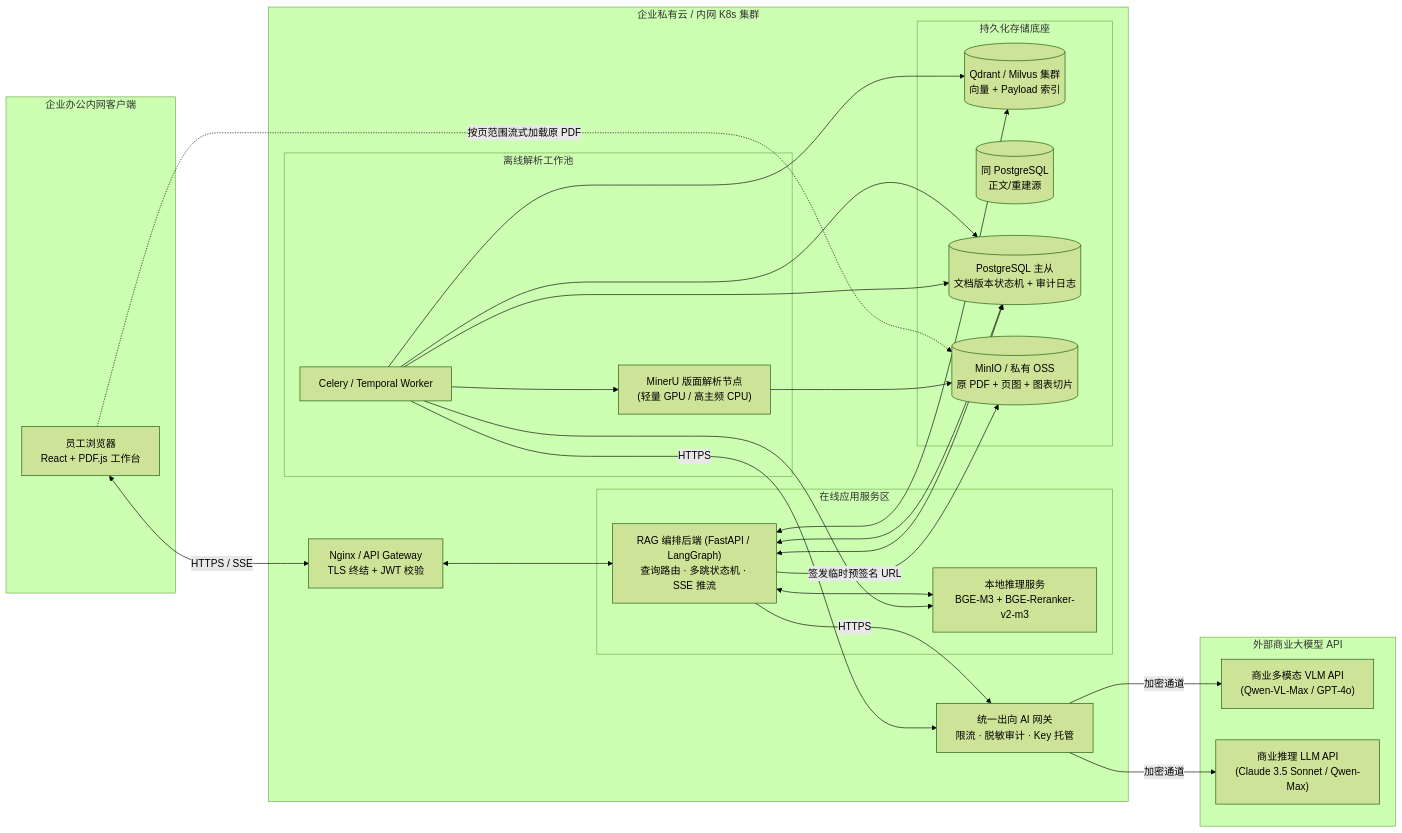
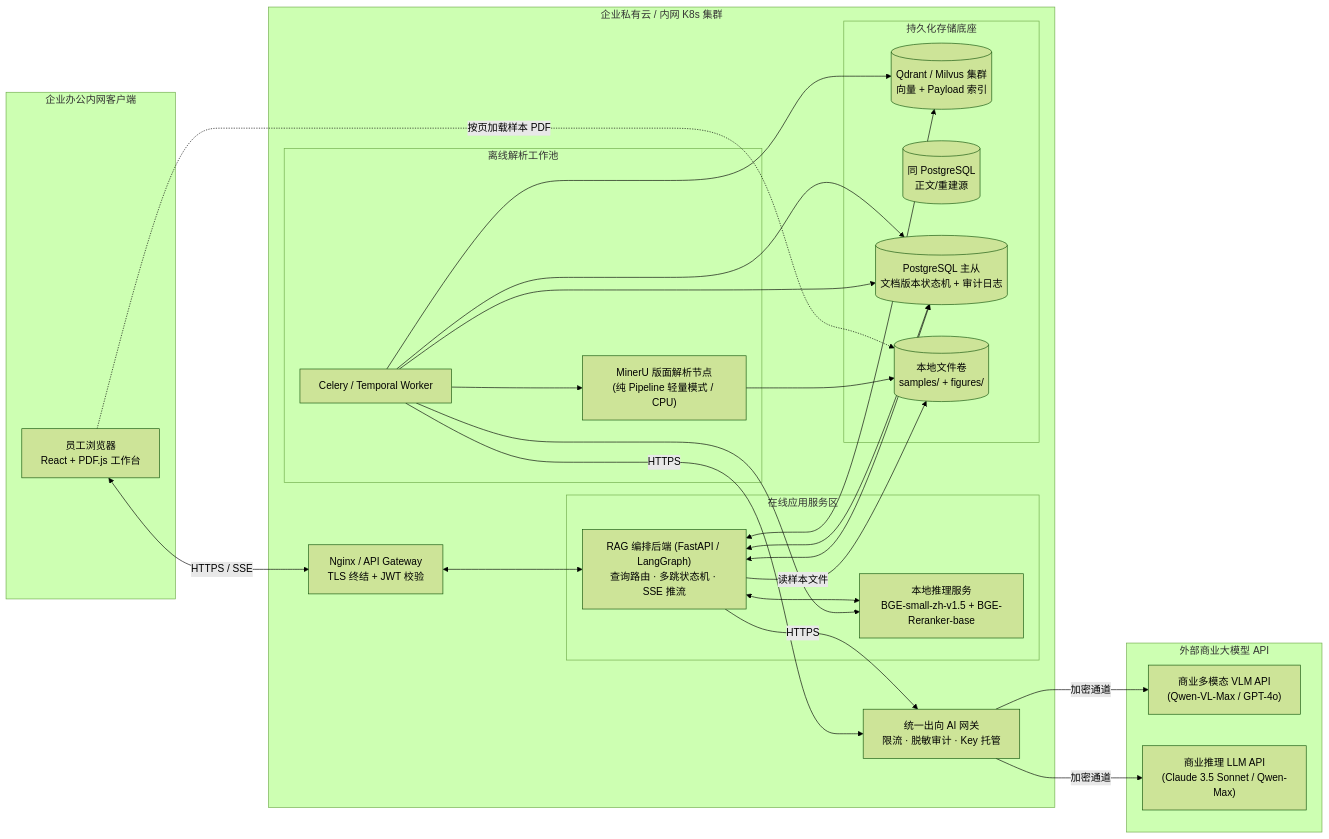
The sixth of 6 diagrams in 架构图集.md (kvchen95/ai-rag), drawn with Mermaid (forest theme) before and after one commit. The commit also changed other lines of this file and 3232 other files, not shown here.

Commit message:
docs: 模型瘦身(bge-small-zh 512d/bge-reranker-base/MinerU pipeline) + 三文档对齐

````diff
--- a/架构图集.md
+++ b/架构图集.md
@@ -253,55 +253,55 @@
 ```mermaid
 flowchart LR
     subgraph ClientNet ["企业办公内网客户端"]
         Browser["员工浏览器<br/>React + PDF.js 工作台"]
     end
 
     subgraph CorpVPC ["企业私有云 / 内网 K8s 集群"]
         Ingress["Nginx / API Gateway<br/>TLS 终结 + JWT 校验"]
 
         subgraph AppServices ["在线应用服务区"]
             Backend["RAG 编排后端 (FastAPI / LangGraph)<br/>查询路由 · 多跳状态机 · SSE 推流"]
-            RerankSvc["本地推理服务<br/>BGE-M3 + BGE-Reranker-v2-m3"]
+            RerankSvc["本地推理服务<br/>BGE-small-zh-v1.5 + BGE-Reranker-base"]
         end
 
         subgraph IngestionWorkers ["离线解析工作池"]
             Celery["Celery / Temporal Worker"]
-            MinerUSvc["MinerU 版面解析节点<br/>(轻量 GPU / 高主频 CPU)"]
+            MinerUSvc["MinerU 版面解析节点<br/>(纯 Pipeline 轻量模式 / CPU)"]
         end
 
         subgraph DataCluster ["持久化存储底座"]
             QdrantCluster[("Qdrant / Milvus 集群<br/>向量 + Payload 索引")]
             MetaPGNote[("同 PostgreSQL<br/>正文/重建源")]
             MetaPG[("PostgreSQL 主从<br/>文档版本状态机 + 审计日志")]
-            MinIOCluster[("MinIO / 私有 OSS<br/>原 PDF + 页图 + 图表切片")]
+            FSCluster[("本地文件卷<br/>samples/ + figures/")]
         end
 
         EgressProxy["统一出向 AI 网关<br/>限流 · 脱敏审计 · Key 托管"]
     end
 
     subgraph CloudAI ["外部商业大模型 API"]
         VLMCloud["商业多模态 VLM API<br/>(Qwen-VL-Max / GPT-4o)"]
         LLMCloud["商业推理 LLM API<br/>(Claude 3.5 Sonnet / Qwen-Max)"]
     end
 
     Browser <-->|"HTTPS / SSE"| Ingress
     Ingress <--> Backend
     Backend <--> RerankSvc
     Backend <--> QdrantCluster
     Backend <--> MetaPG
     Backend <--> MetaPG
-    Backend -->|"签发临时预签名 URL"| MinIOCluster
-    Browser -.->|"按页范围流式加载原 PDF"| MinIOCluster
+    Backend -->|"读样本文件"| FSCluster
+    Browser -.->|"按页加载样本 PDF"| FSCluster
 
     Celery --> MinerUSvc
-    MinerUSvc --> MinIOCluster
+    MinerUSvc --> FSCluster
     Celery --> RerankSvc
     Celery --> QdrantCluster
     Celery --> MetaPG
     Celery --> MetaPG
 
     Backend -->|"HTTPS"| EgressProxy
     Celery -->|"HTTPS"| EgressProxy
     EgressProxy -->|"加密通道"| VLMCloud
     EgressProxy -->|"加密通道"| LLMCloud
 ```
````
